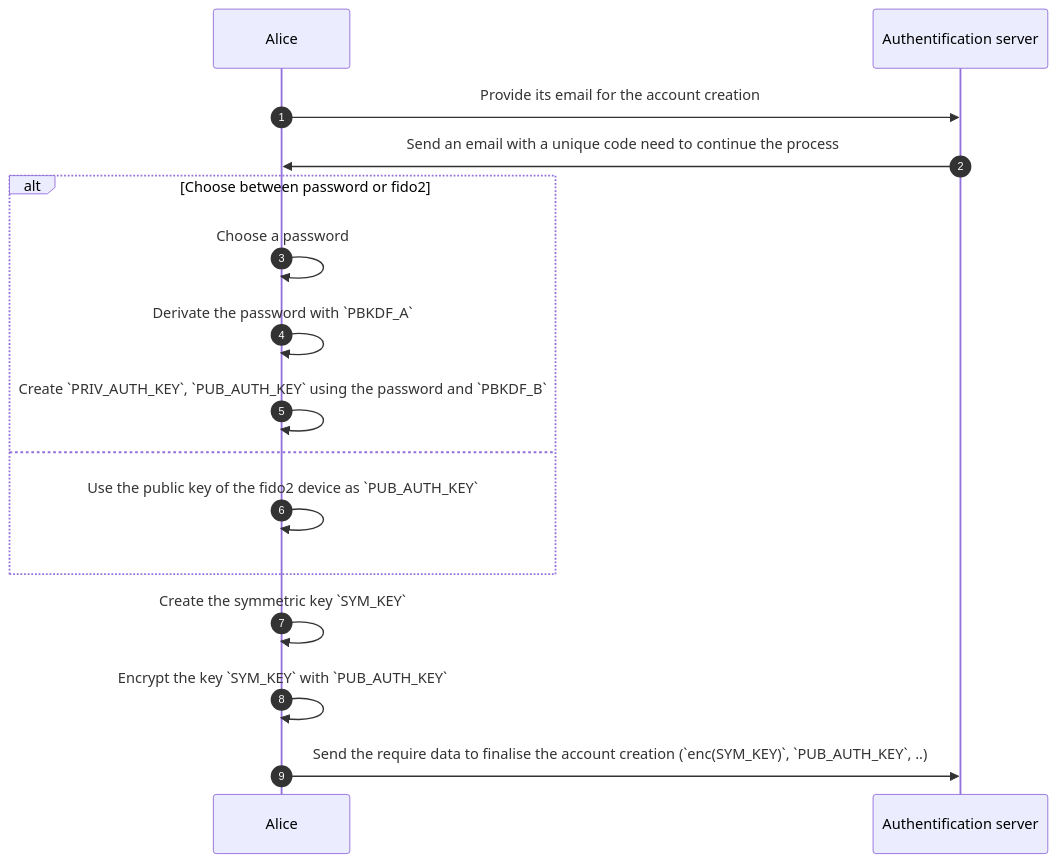
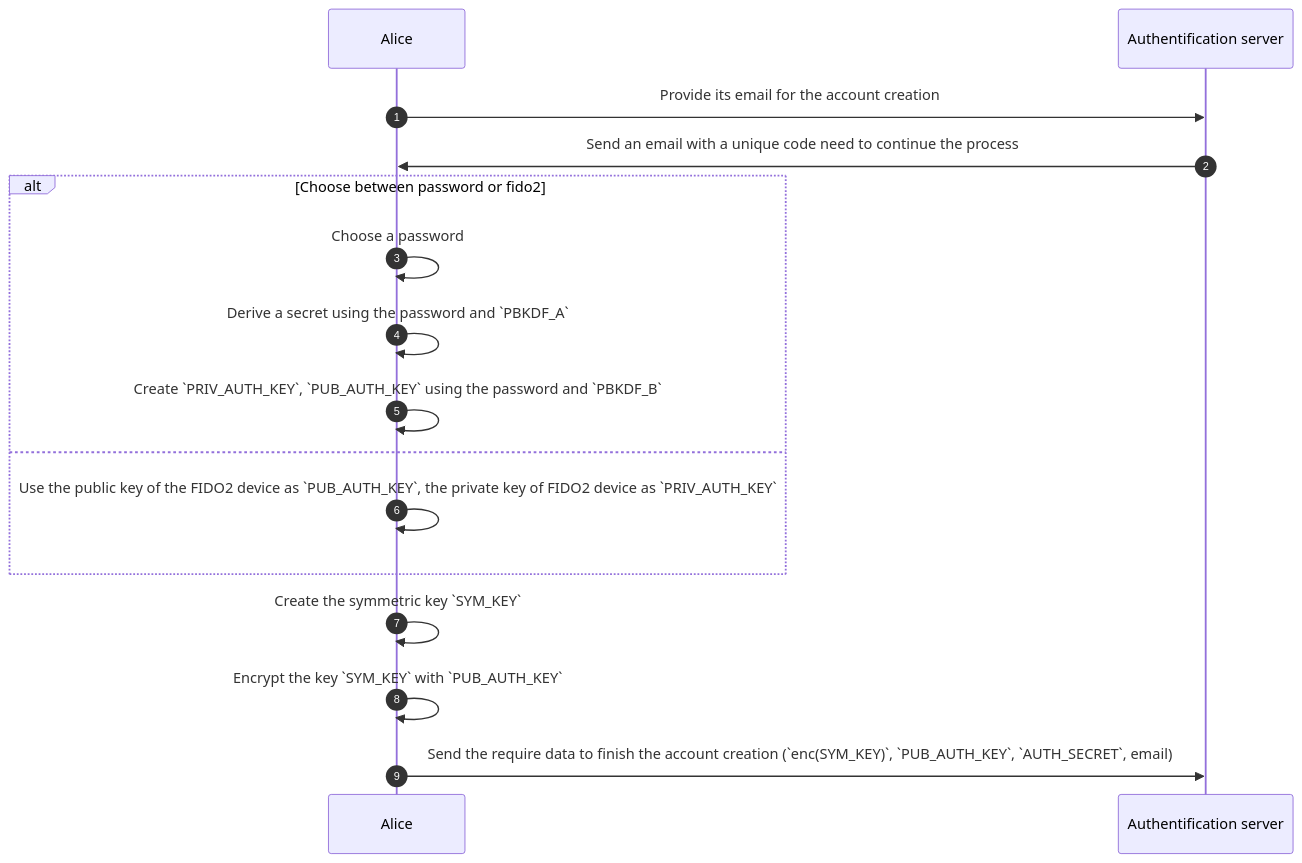
The second of 6 diagrams in docs/rfcs/1012-parsec-auth.md (Scille/parsec-cloud), drawn with Mermaid before and after one commit. The commit also changed other lines of this file, not shown here.

Commit message:
fixup! feat(rfc): Add RFC Parsec auth

````diff
--- a/docs/rfcs/1012-parsec-auth.md
+++ b/docs/rfcs/1012-parsec-auth.md
@@ -92,20 +97,20 @@
 ```mermaid
 sequenceDiagram
   autonumber
   participant Alice
   participant S as Authentification server
 
   Alice ->> S: Provide its email for the account creation
   S ->> Alice: Send an email with a unique code need to continue the process
   alt Choose between password or fido2
     Alice ->> Alice: Choose a password
-    Alice ->> Alice: Derivate the password with `PBKDF_A`
+    Alice ->> Alice: Derive a secret using the password and `PBKDF_A`
     Alice ->> Alice: Create `PRIV_AUTH_KEY`, `PUB_AUTH_KEY` using the password and `PBKDF_B`
   else
-    Alice ->> Alice: Use the public key of the fido2 device as `PUB_AUTH_KEY`
+    Alice ->> Alice: Use the public key of the FIDO2 device as `PUB_AUTH_KEY`, the private key of FIDO2 device as `PRIV_AUTH_KEY`
   end
 
   Alice ->> Alice: Create the symmetric key `SYM_KEY`
   Alice ->> Alice: Encrypt the key `SYM_KEY` with `PUB_AUTH_KEY`
-  Alice ->> S: Send the require data to finalise the account creation (`enc(SYM_KEY)`, `PUB_AUTH_KEY`, ..)
+  Alice ->> S: Send the require data to finish the account creation (`enc(SYM_KEY)`, `PUB_AUTH_KEY`, `AUTH_SECRET`, email)
 ```
````
